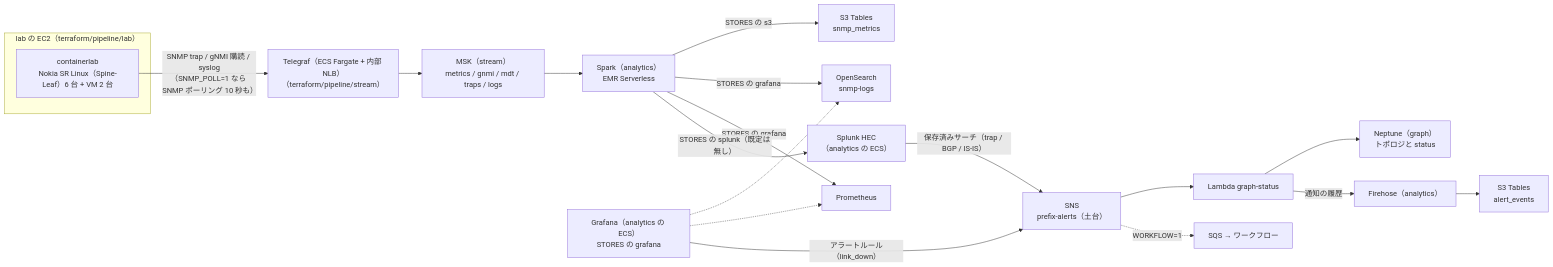
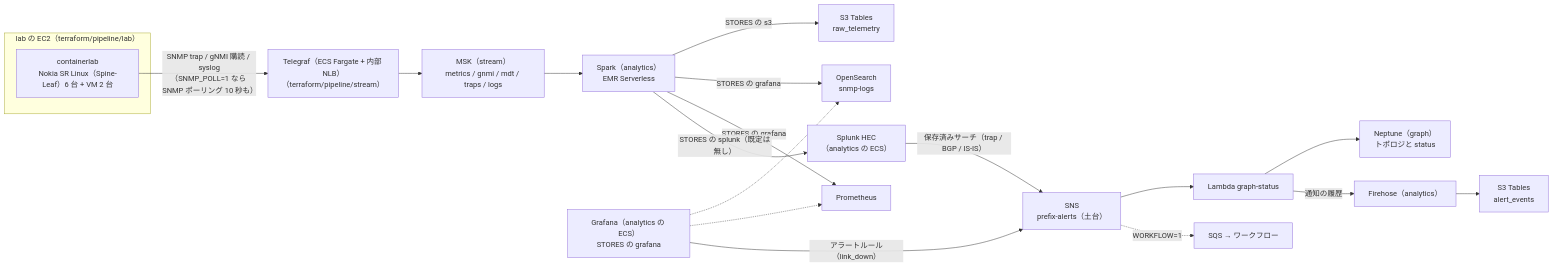
Before and after one commit to eddie-eights/nwc-poc: the first of 2 diagrams in docs/pipeline.md, drawn with Mermaid. The commit also changed other lines of this file and 12 other files, not shown here.

First line of the commit message:
S3 Tables の生データのテーブル名を snmp_metrics から raw_telemetry に変えた（全トピックが入るので SNMP のメトリクスだけに見えない名前に。261531c を c117593 の上でやり直した）

````diff
--- a/docs/pipeline.md
+++ b/docs/pipeline.md
@@ -7,20 +7,20 @@
 ```mermaid
 flowchart LR
   subgraph LABEC2["lab の EC2（terraform/pipeline/lab）"]
     CLAB["containerlab<br/>Nokia SR Linux（Spine-Leaf）6 台 + VM 2 台"]
   end
   CLAB -->|"SNMP trap / gNMI 購読 / syslog<br/>（SNMP_POLL=1 なら SNMP ポーリング 10 秒も）"| TG["Telegraf（ECS Fargate + 内部 NLB）<br/>（terraform/pipeline/stream）"]
   TG --> MSK["MSK（stream）<br/>metrics / gnmi / mdt / traps / logs"]
   MSK --> SPARK["Spark（analytics）<br/>EMR Serverless"]
-  SPARK -->|"STORES の s3"| ICE["S3 Tables<br/>snmp_metrics"]
+  SPARK -->|"STORES の s3"| ICE["S3 Tables<br/>raw_telemetry"]
   SPARK -->|"STORES の grafana"| OS["OpenSearch<br/>snmp-logs"]
   SPARK -->|"STORES の grafana"| PROM["Prometheus"]
   SPARK -->|"STORES の splunk（既定は無し）"| SPL["Splunk HEC<br/>（analytics の ECS）"]
   GRAF["Grafana（analytics の ECS）<br/>STORES の grafana"] -.-> OS
   GRAF -.-> PROM
   GRAF -->|"アラートルール（link_down）"| SNS["SNS<br/>prefix-alerts（土台）"]
   SPL -->|"保存済みサーチ（trap / BGP / IS-IS）"| SNS
   SNS --> GL["Lambda graph-status"] --> NEP["Neptune（graph）<br/>トポロジと status"]
   GL -->|"通知の履歴"| FH["Firehose（analytics）"] --> AEV["S3 Tables<br/>alert_events"]
   SNS -.->|"WORKFLOW=1"| SQS["SQS → ワークフロー"]
 ```
````
